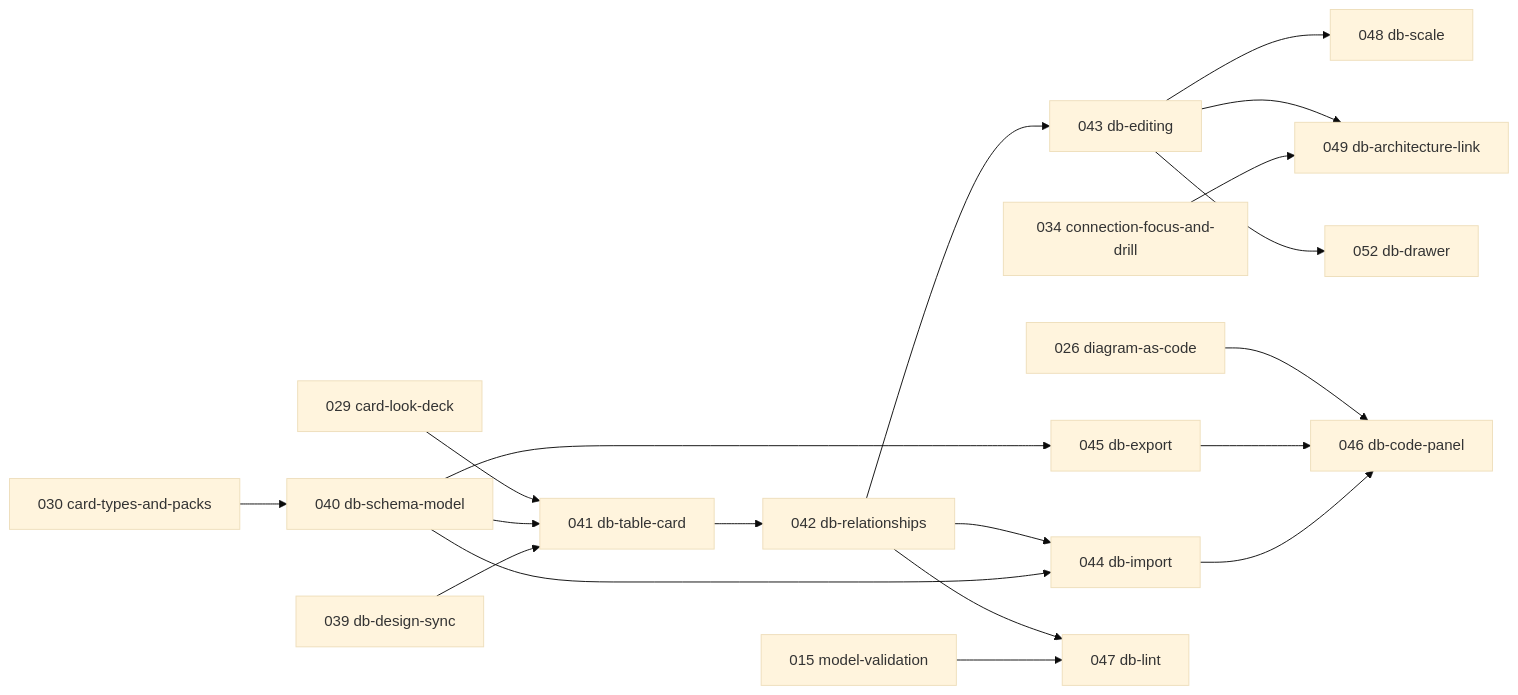
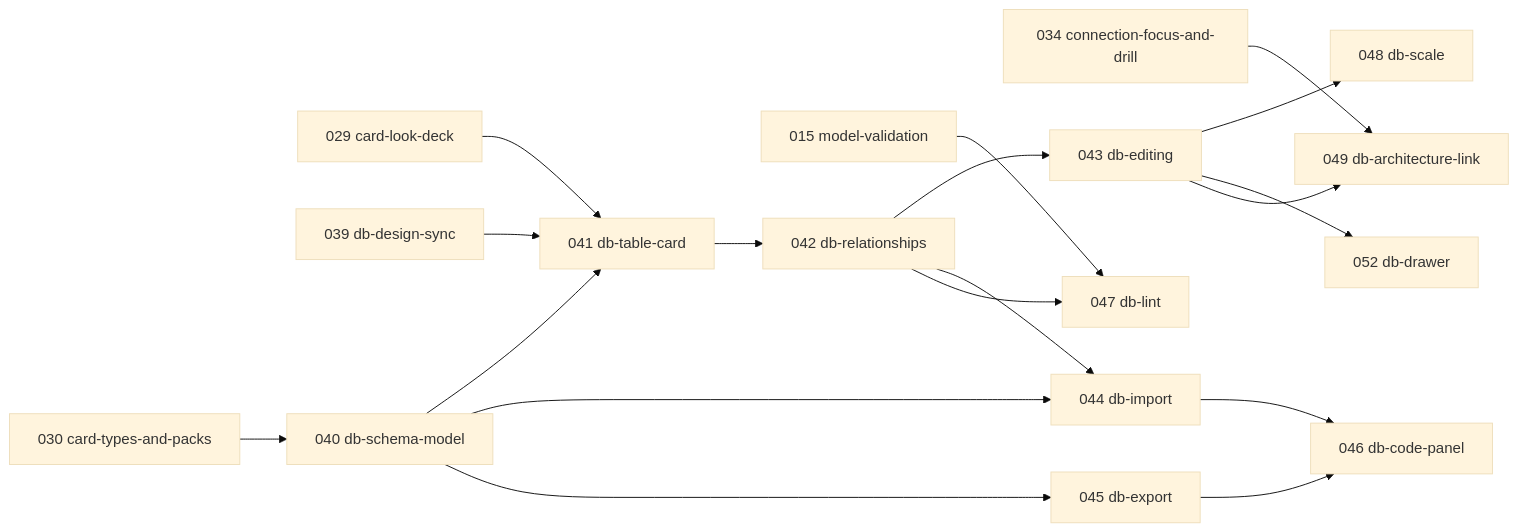
Before and after one commit to FamManh/sododeck: the diagram in docs/backlog-database.md, drawn with Mermaid (base theme). The commit also changed other lines of this file and 9 other files, not shown here.

Commit message:
docs: schema code panel spec, plan and tasks (046) (#95)

````diff
--- a/docs/backlog-database.md
+++ b/docs/backlog-database.md
@@ -129,36 +129,34 @@
 ```mermaid
 flowchart LR
   F030[030 card-types-and-packs]
   F029[029 card-look-deck]
   F015[015 model-validation]
-  F026[026 diagram-as-code]
   F034[034 connection-focus-and-drill]
   F039[039 db-design-sync]
   F040[040 db-schema-model]
   F041[041 db-table-card]
   F042[042 db-relationships]
   F043[043 db-editing]
   F052[052 db-drawer]
   F044[044 db-import]
   F045[045 db-export]
   F046[046 db-code-panel]
   F047[047 db-lint]
   F048[048 db-scale]
   F049[049 db-architecture-link]
 
   F039 --> F041
   F030 --> F040 --> F041 --> F042 --> F043
   F029 --> F041
   F040 --> F044
   F040 --> F045
   F042 --> F044
   F044 --> F046
   F045 --> F046
-  F026 --> F046
   F015 --> F047
   F042 --> F047
   F043 --> F048
   F043 --> F052
   F034 --> F049
   F043 --> F049
 ```
````
